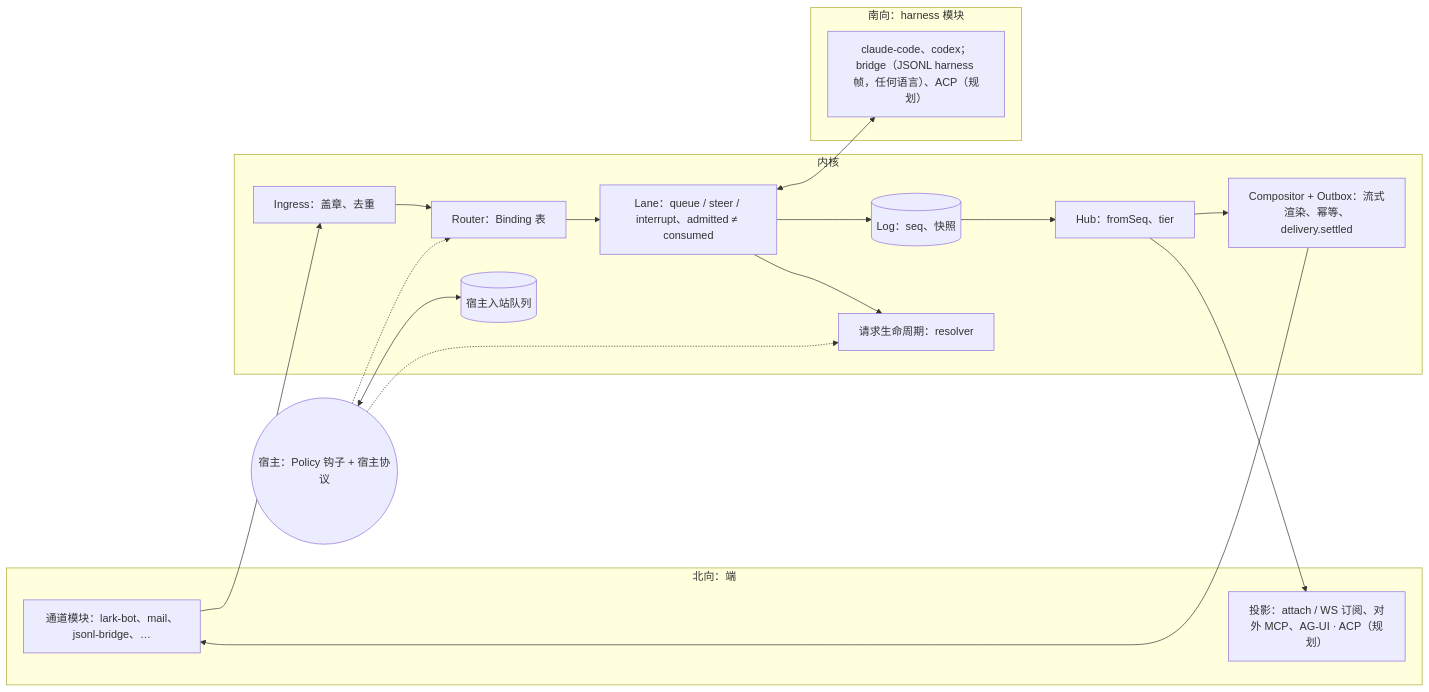
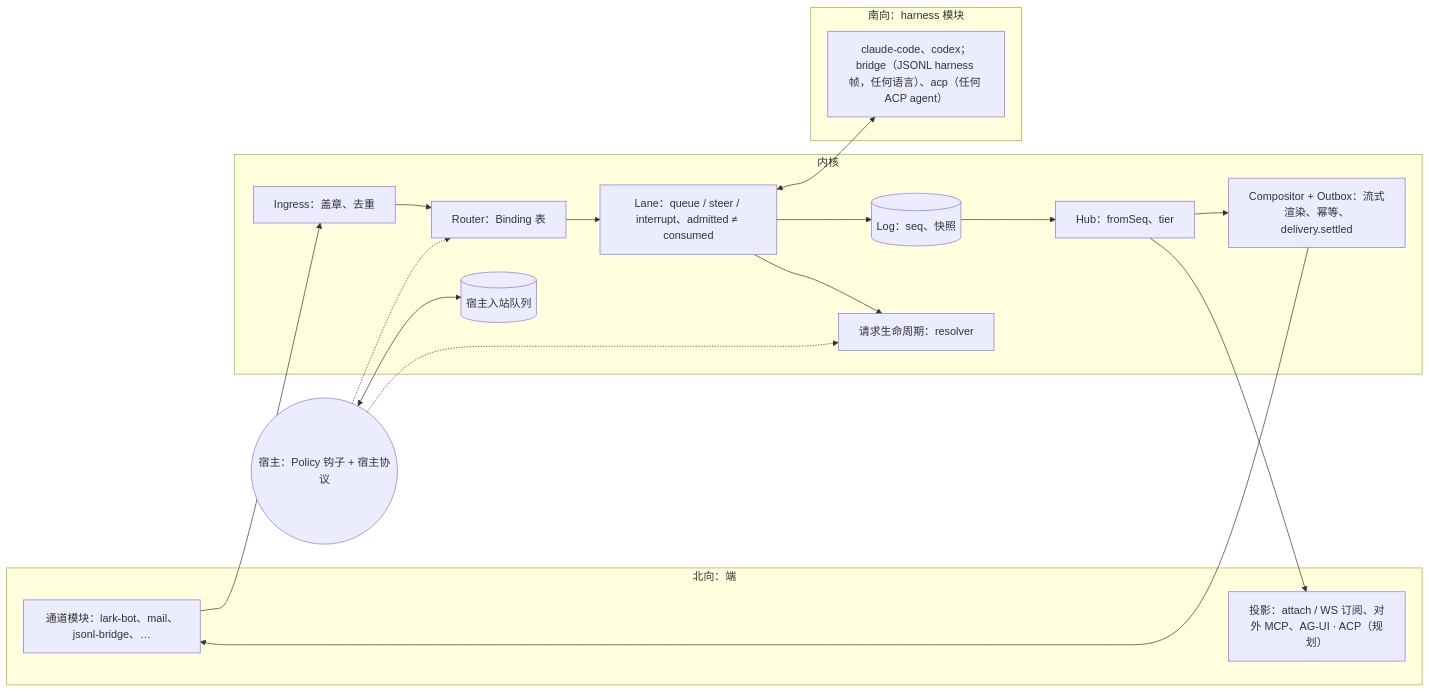
The diagram in docs/design/core-slimming/README.md (Ghost-LZW/agents-io), drawn with Mermaid before and after one commit. The commit also changed other lines of this file and 48 other files, not shown here.

Commit message:
G9: an ACP harness module (harness/acp): any Agent Client Protocol agent as a harness

````diff
--- a/docs/design/core-slimming/README.md
+++ b/docs/design/core-slimming/README.md
@@ -31,26 +31,26 @@
 ```mermaid
 flowchart LR
   subgraph North[北向：端]
     CH[通道模块：lark-bot、mail、jsonl-bridge、…]
     PJ[投影：attach / WS 订阅、对外 MCP、AG-UI · ACP（规划）]
   end
   subgraph Kernel[内核]
     IG[Ingress：盖章、去重] --> RT[Router：Binding 表]
     RT --> LN[Lane：queue / steer / interrupt、admitted ≠ consumed]
     LN --> LOG[(Log：seq、快照)]
     LOG --> HUB[Hub：fromSeq、tier]
     HUB --> CP[Compositor + Outbox：流式渲染、幂等、delivery.settled]
     LN --> RQ[请求生命周期：resolver]
     HQ[(宿主入站队列)]
   end
   subgraph South[南向：harness 模块]
-    HN[claude-code、codex；bridge（JSONL harness 帧，任何语言）、ACP（规划）]
+    HN[claude-code、codex；bridge（JSONL harness 帧，任何语言）、acp（任何 ACP agent）]
   end
   Host((宿主：Policy 钩子 + 宿主协议)) -.-> RT
   Host -.-> RQ
   Host <--> HQ
   CH --> IG
   CP --> CH
   HUB --> PJ
   LN <--> HN
 ```
````
